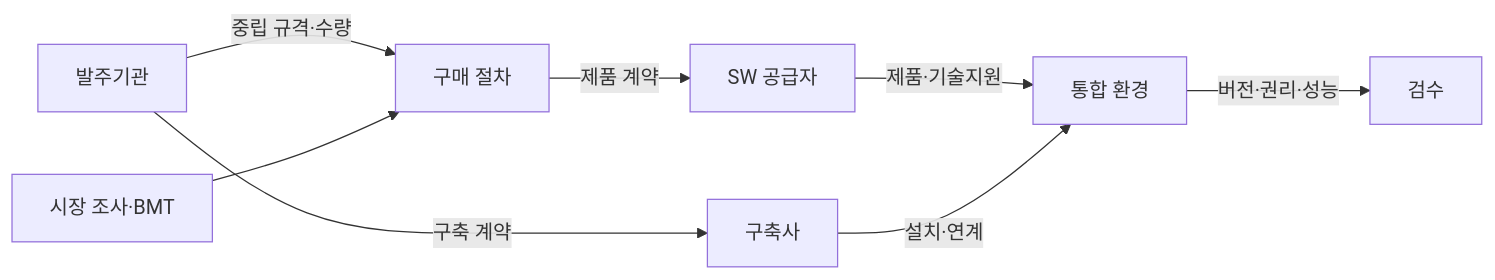
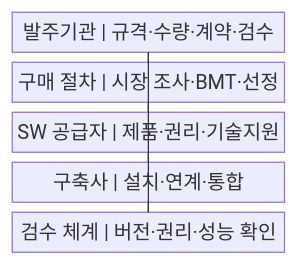
One commit to agnusdei1207/knowledge-base changed the first of 2 diagrams in src/content/docs/notes/03-software/193_sw_direct_purchase.md. Above: the diagram before and after it, drawn with Mermaid. The commit also changed other lines of this file and 20 other files, not shown here.

````diff
--- a/src/content/docs/notes/03-software/193_sw_direct_purchase.md
+++ b/src/content/docs/notes/03-software/193_sw_direct_purchase.md
@@ -51,10 +51,14 @@
 ```mermaid
-flowchart LR
-    O[발주기관] -->|중립 규격·수량| P[구매 절차]
-    M[시장 조사·BMT] --> P
-    P -->|제품 계약| S[SW 공급자]
-    O -->|구축 계약| I[구축사]
-    S -->|제품·기술지원| X[통합 환경]
-    I -->|설치·연계| X
-    X -->|버전·권리·성능| A[검수]
+block
+    columns 1
+    A["발주기관 | 규격·수량·계약·검수"]
+    B["구매 절차 | 시장 조사·BMT·선정"]
+    C["SW 공급자 | 제품·권리·기술지원"]
+    D["구축사 | 설치·연계·통합"]
+    E["검수 체계 | 버전·권리·성능 확인"]
+    A --- B
+    B --- C
+    A --- D
+    C --- E
+    D --- E
 ```
````
